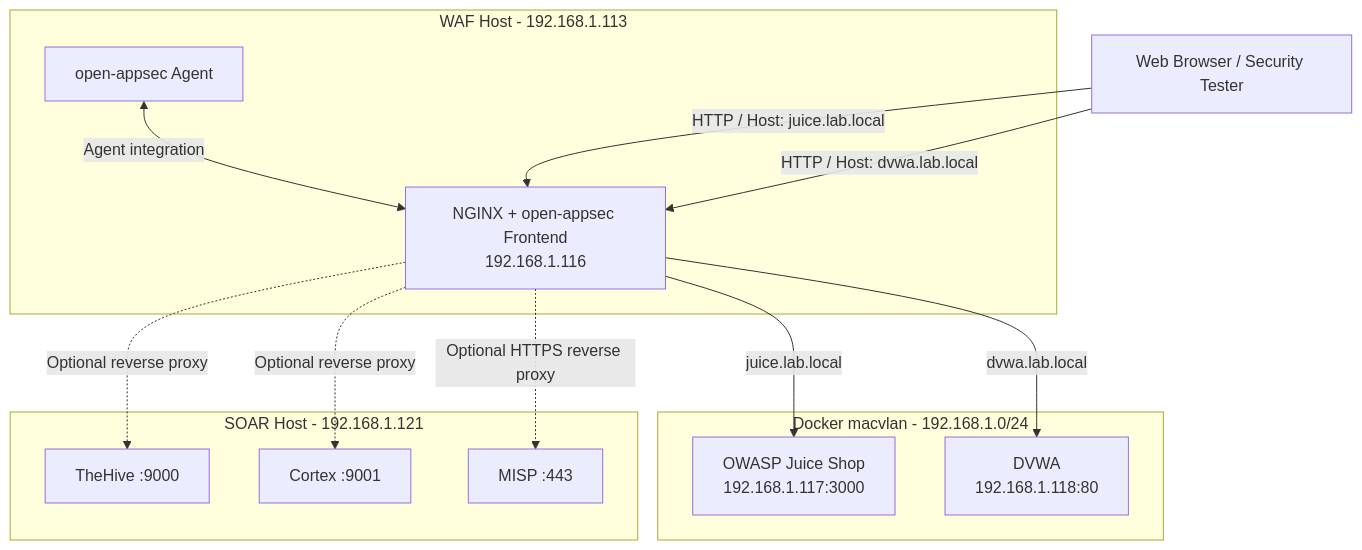
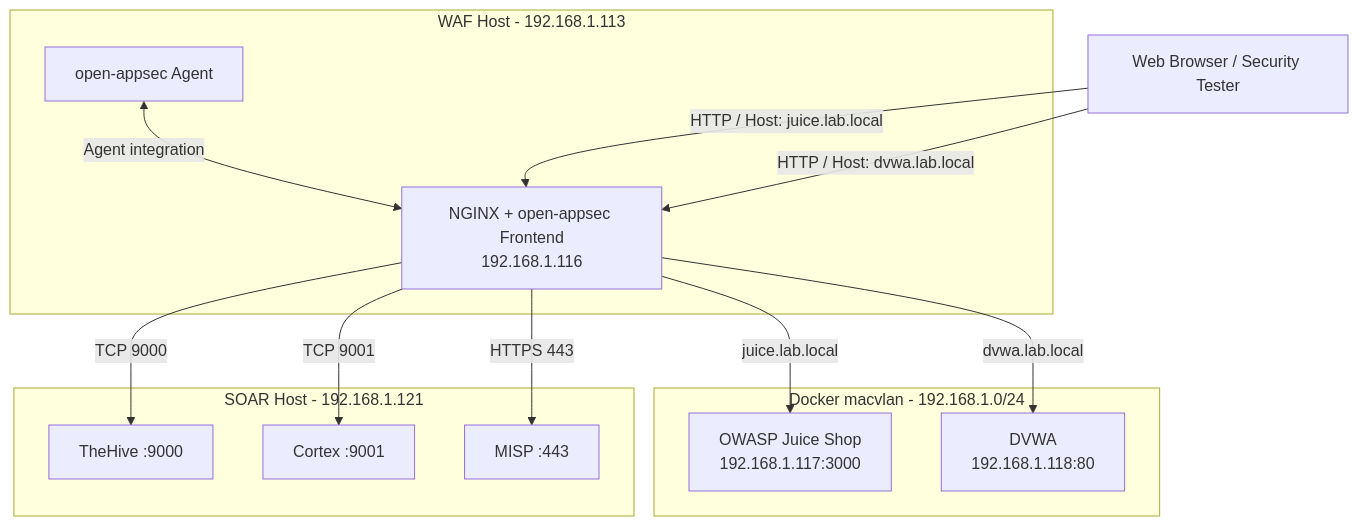
Before and after one commit to Pamidipallikiran/open-appsec-waf-security-lab: the diagram in architecture/architecture.md, drawn with Mermaid. The commit also changed other lines of this file, not shown here.

Commit message:
Document current IP-based SOAR architecture and detection evidence

````diff
--- a/architecture/architecture.md
+++ b/architecture/architecture.md
@@ -16,29 +16,29 @@
 ```mermaid
 flowchart TB
     Client["Web Browser / Security Tester"]
 
     subgraph WAFVM["WAF Host - 192.168.1.113"]
         Agent["open-appsec Agent"]
         Frontend["NGINX + open-appsec Frontend<br/>192.168.1.116"]
         Agent <-->|"Agent integration"| Frontend
     end
 
     subgraph MACVLAN["Docker macvlan - 192.168.1.0/24"]
         Juice["OWASP Juice Shop<br/>192.168.1.117:3000"]
         DVWA["DVWA<br/>192.168.1.118:80"]
     end
 
     subgraph SOAR["SOAR Host - 192.168.1.121"]
         TheHive["TheHive :9000"]
         Cortex["Cortex :9001"]
         MISP["MISP :443"]
     end
 
     Client -->|"HTTP / Host: juice.lab.local"| Frontend
     Client -->|"HTTP / Host: dvwa.lab.local"| Frontend
     Frontend -->|"juice.lab.local"| Juice
     Frontend -->|"dvwa.lab.local"| DVWA
-    Frontend -.->|"Optional reverse proxy"| TheHive
-    Frontend -.->|"Optional reverse proxy"| Cortex
-    Frontend -.->|"Optional HTTPS reverse proxy"| MISP
+    Frontend -->|"TCP 9000"| TheHive
+    Frontend -->|"TCP 9001"| Cortex
+    Frontend -->|"HTTPS 443"| MISP
 ```
````
